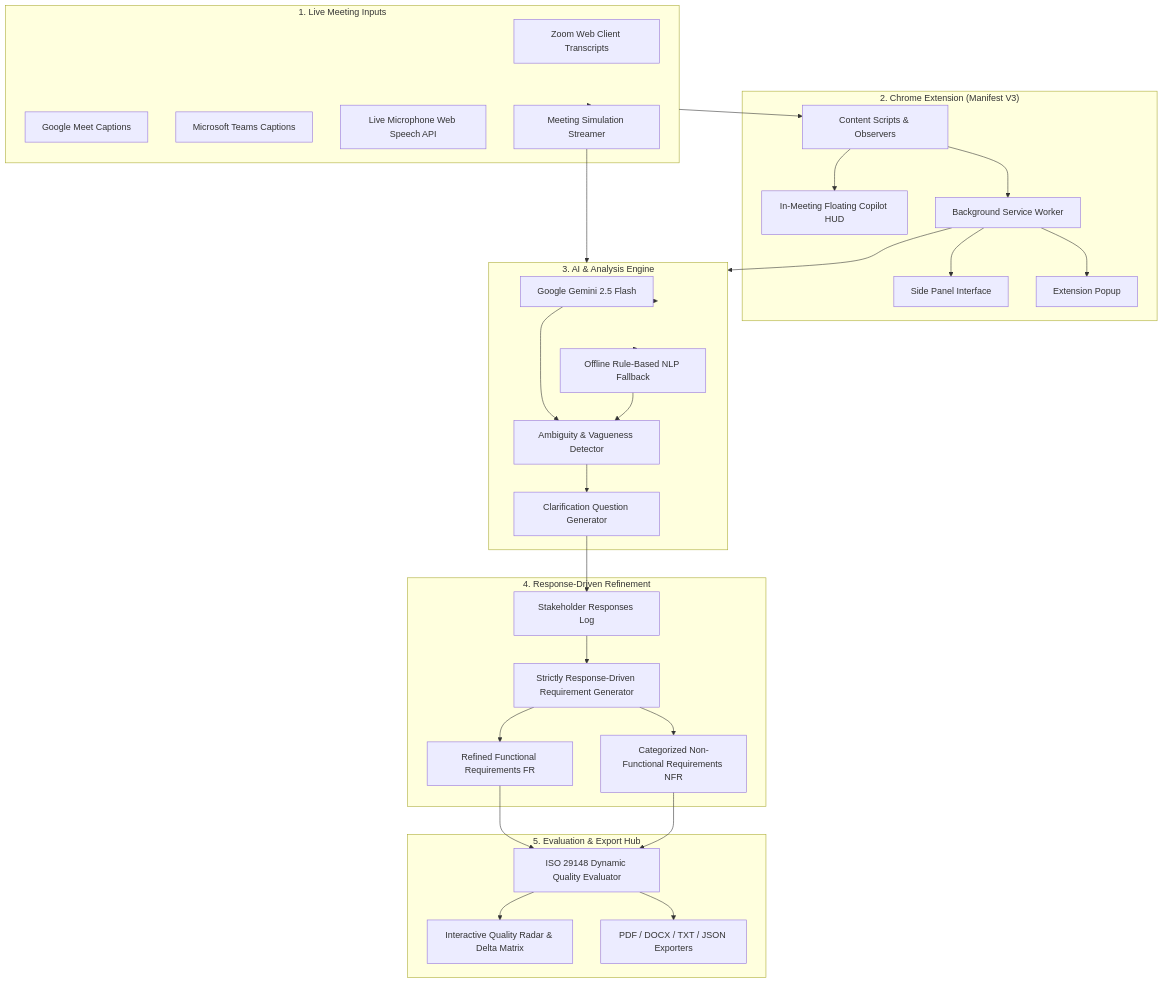
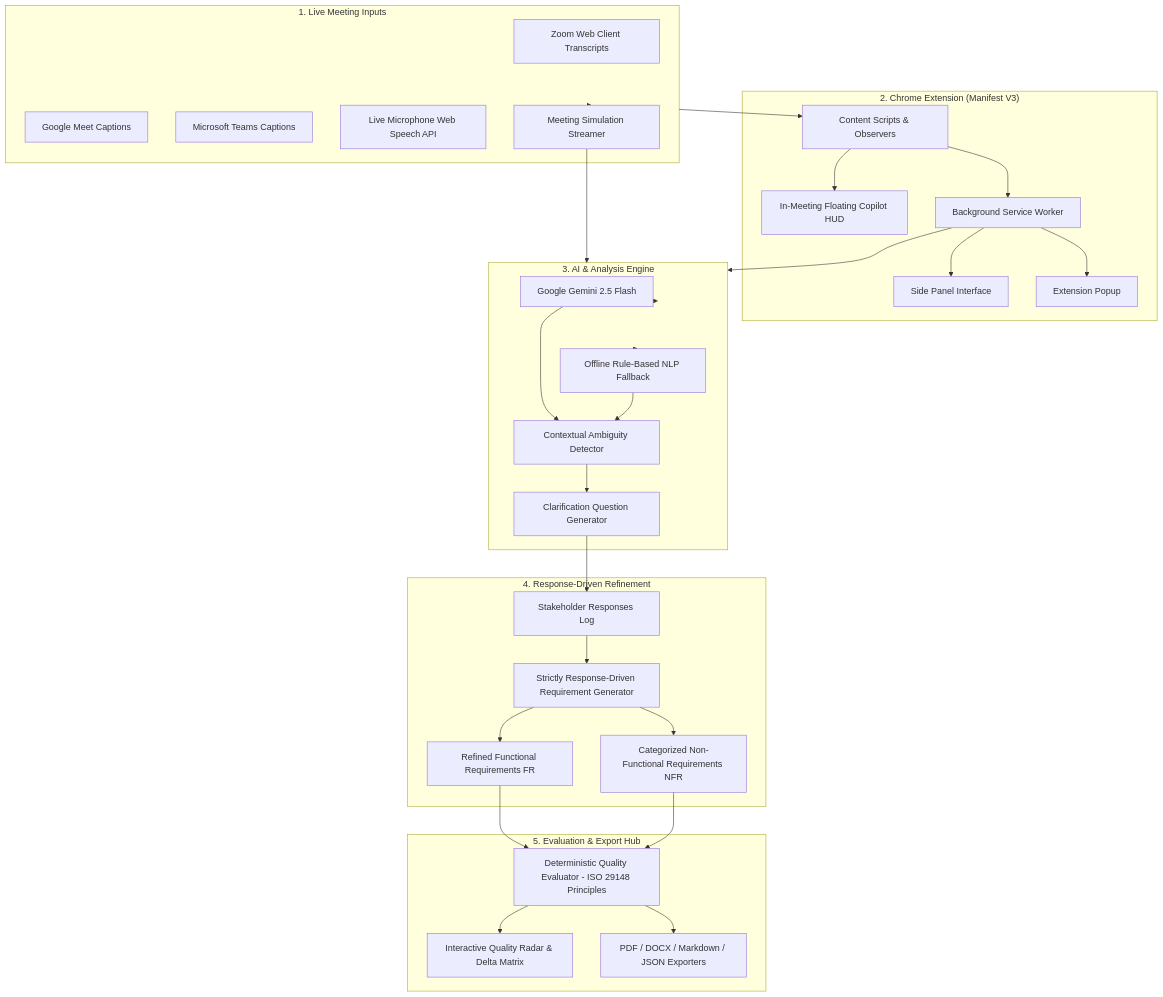
One commit to Neel7780/AI-Powered-Chrome-Extension-for-Real-Time-Requirement-Analysis changed the diagram in README.md. Above: the diagram before and after it, drawn with Mermaid. The commit also changed other lines of this file and 5 other files, not shown here.

````diff
--- a/README.md
+++ b/README.md
@@ -20,62 +23,62 @@
 ```mermaid
 flowchart TB
     subgraph LiveMeeting["1. Live Meeting Inputs"]
         Z[Zoom Web Client Transcripts]
         M[Google Meet Captions]
         T[Microsoft Teams Captions]
         MIC[Live Microphone Web Speech API]
         SIM[Meeting Simulation Streamer]
     end
 
     subgraph Extension["2. Chrome Extension (Manifest V3)"]
         CS[Content Scripts & Observers]
         HUD[In-Meeting Floating Copilot HUD]
         SW[Background Service Worker]
         SP[Side Panel Interface]
         POP[Extension Popup]
     end
 
     subgraph BackendAI["3. AI & Analysis Engine"]
         LLM[Google Gemini 2.5 Flash]
         NLP[Offline Rule-Based NLP Fallback]
-        AD[Ambiguity & Vagueness Detector]
+        AD[Contextual Ambiguity Detector]
         QG[Clarification Question Generator]
     end
 
     subgraph RefinementEngine["4. Response-Driven Refinement"]
         SH[Stakeholder Responses Log]
         RG[Strictly Response-Driven Requirement Generator]
         FR[Refined Functional Requirements FR]
         NFR[Categorized Non-Functional Requirements NFR]
     end
 
     subgraph EvaluationExport["5. Evaluation & Export Hub"]
-        QE[ISO 29148 Dynamic Quality Evaluator]
+        QE[Deterministic Quality Evaluator - ISO 29148 Principles]
         RADAR[Interactive Quality Radar & Delta Matrix]
-        EXP[PDF / DOCX / TXT / JSON Exporters]
+        EXP[PDF / DOCX / Markdown / JSON Exporters]
     end
 
     LiveMeeting --> CS
     LiveMeeting --> SIM
     CS --> HUD
     CS --> SW
     SW --> SP
     SW --> POP
 
     SIM --> BackendAI
     SW --> BackendAI
 
     BackendAI --> LLM
     BackendAI --> NLP
     LLM --> AD
     NLP --> AD
     AD --> QG
     QG --> SH
     SH --> RG
     RG --> FR
     RG --> NFR
     FR --> QE
     NFR --> QE
     QE --> RADAR
     QE --> EXP
 ```
````
